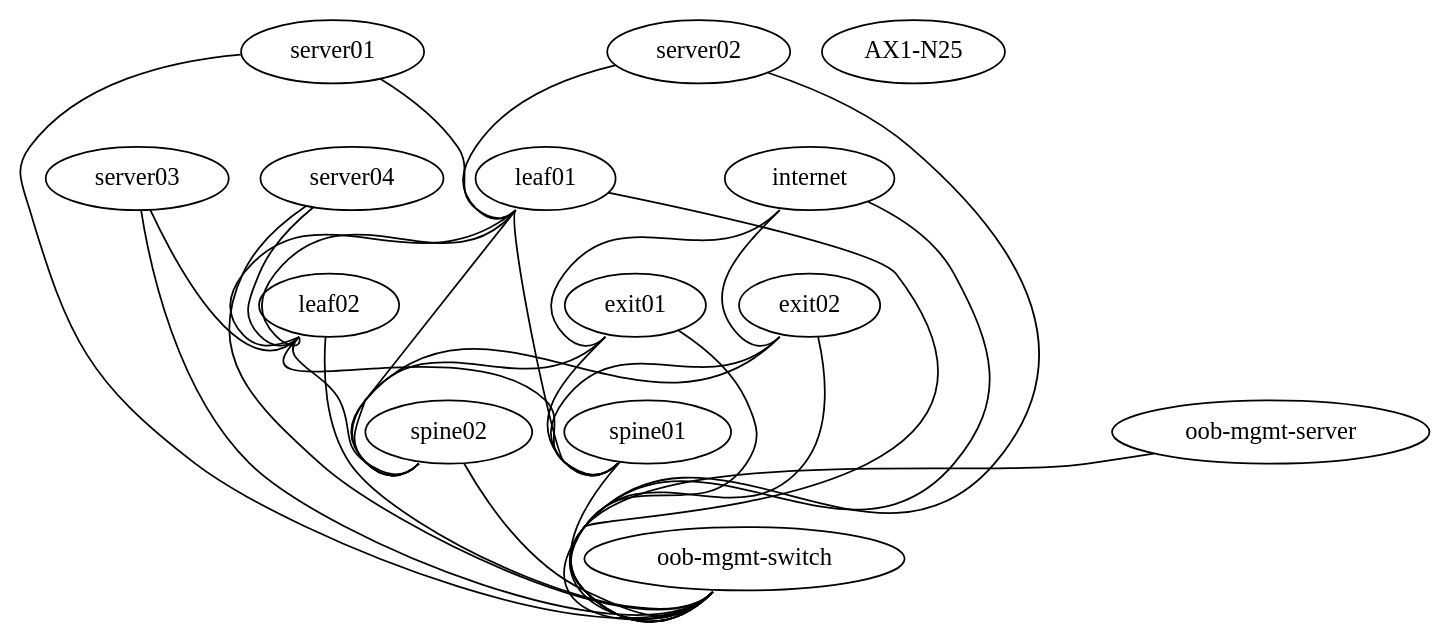
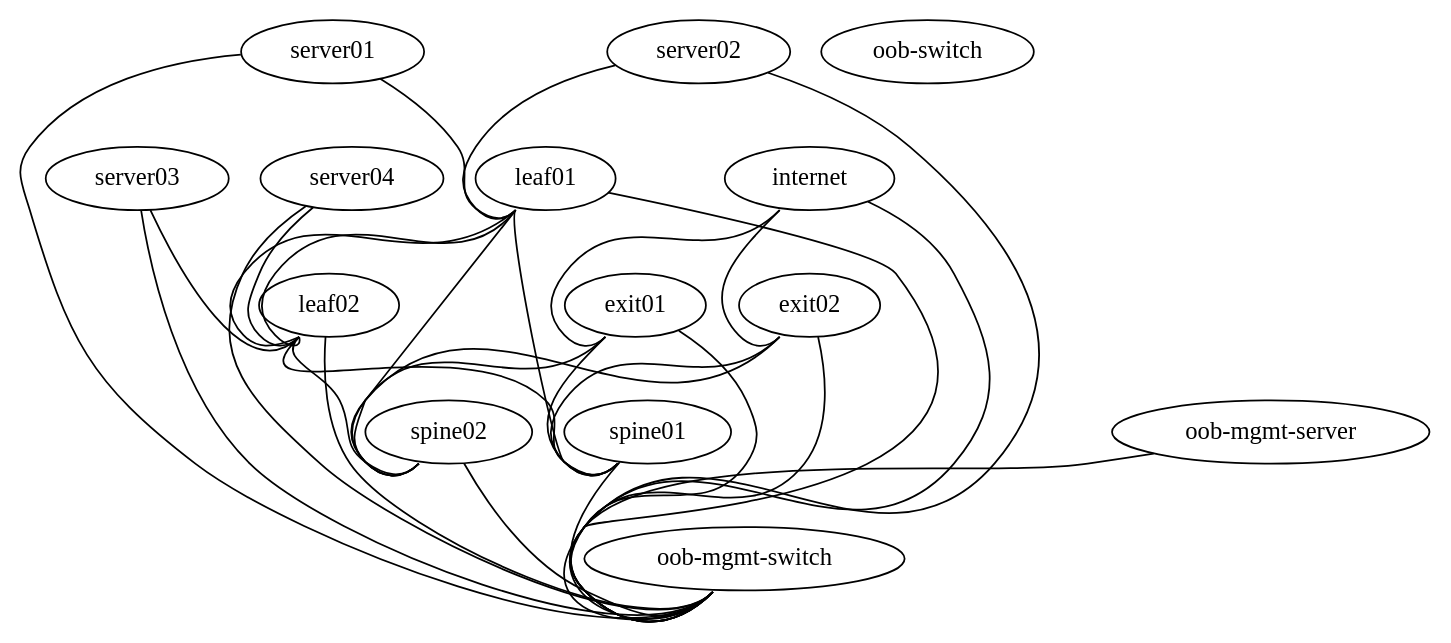
One commit to routemypacket/cumulus-lab changed the diagram in simulation/topology.dot. Above: the diagram before and after it, drawn with Graphviz. The commit also changed 38 other files, not shown here.

```diff
--- a/simulation/topology.dot
+++ b/simulation/topology.dot
@@ -1,50 +1,50 @@
 graph vx {
  "leaf01" [function="leaf" os="CumulusCommunity/cumulus-vx" version="3.6.2" memory="768" config="./helper_scripts/config_switch.sh" ]
  "leaf02" [function="leaf" os="CumulusCommunity/cumulus-vx" version="3.6.2" memory="768" config="./helper_scripts/config_switch.sh" ]
  "spine01" [function="spine" os="CumulusCommunity/cumulus-vx" version="3.6.2" memory="768" config="./helper_scripts/config_switch.sh" ]
  "spine02" [function="spine" os="CumulusCommunity/cumulus-vx" version="3.6.2" memory="768" config="./helper_scripts/config_switch.sh" ]
  "exit01" [function="exit" os="CumulusCommunity/cumulus-vx" version="3.6.2" memory="768" config="./helper_scripts/config_switch.sh" ]
  "exit02" [function="exit" os="CumulusCommunity/cumulus-vx" version="3.6.2" memory="768" config="./helper_scripts/config_switch.sh" ]
  "server01" [function="host" os="yk0/ubuntu-xenial" memory="512" config="./helper_scripts/config_server.sh" ]
  "server02" [function="host" os="yk0/ubuntu-xenial" memory="512" config="./helper_scripts/config_server.sh" ]
  "server03" [function="host" os="yk0/ubuntu-xenial" memory="512" config="./helper_scripts/config_server.sh" ]
  "server04" [function="host" os="yk0/ubuntu-xenial" memory="512" config="./helper_scripts/config_server.sh" ]
  "internet" [function="internet" vagrant="swp48" os="CumulusCommunity/cumulus-vx" version="3.6.2" memory="768" config="./helper_scripts/config_internet.sh" ]
- "AX1-N25" [function="oob-switch" vagrant="eth0" os="CumulusCommunity/cumulus-vx" version="3.6.2" memory="768" config="./helper_scripts/config_oob_switch.sh" ]
+ "oob-switch" [function="oob-switch" vagrant="eth0" os="CumulusCommunity/cumulus-vx" version="3.6.2" memory="768" config="./helper_scripts/config_oob_switch.sh" ]
  "oob-mgmt-server" [function="oob-server" vagrant="eth0" os="CumulusCommunity/vx_oob_server" version="1.0.4" memory="1024" config="./helper_scripts/config_oob_server.sh" ]
 
  "leaf01":"swp15" -- "spine01":"swp1"
  "leaf02":"swp15" -- "spine01":"swp2"
  "leaf01":"swp16" -- "spine02":"swp1"
  "leaf02":"swp16" -- "spine02":"swp2"
 
  "leaf01":"swp13" -- "leaf02":"swp13"
  "leaf01":"swp14" -- "leaf02":"swp14"
 
  "server01":"eth1" -- "leaf01":"swp1" [left_mac="00:03:00:11:11:01"]
  "server02":"eth1" -- "leaf01":"swp2" [left_mac="00:03:00:22:22:01"]
  "server03":"eth1" -- "leaf02":"swp1" [left_mac="00:03:00:33:33:01"]
  "server04":"eth1" -- "leaf02":"swp2" [left_mac="00:03:00:44:44:01"]
 
  "exit01":"swp15" -- "spine01":"swp13"
  "exit01":"swp16" -- "spine02":"swp14"
  "exit02":"swp15" -- "spine01":"swp14"
  "exit02":"swp16" -- "spine02":"swp13"
 
 
  "internet":"swp1" -- "exit01":"swp1"
  "internet":"swp2" -- "exit02":"swp1"
 
  "oob-mgmt-server":"eth1" -- "oob-mgmt-switch":"swp1" [right_mac="a0:00:00:00:00:61"]
  "server01":"eth0" -- "oob-mgmt-switch":"swp2" [left_mac="a0:00:00:00:00:31"]
  "server02":"eth0" -- "oob-mgmt-switch":"swp3" [left_mac="a0:00:00:00:00:32"]
  "server03":"eth0" -- "oob-mgmt-switch":"swp4" [left_mac="a0:00:00:00:00:33"]
  "server04":"eth0" -- "oob-mgmt-switch":"swp5" [left_mac="a0:00:00:00:00:34"]
  "leaf01":"eth0" -- "oob-mgmt-switch":"swp6" [left_mac="a0:00:00:00:00:11"]
  "leaf02":"eth0" -- "oob-mgmt-switch":"swp7" [left_mac="a0:00:00:00:00:12"]
  "spine01":"eth0" -- "oob-mgmt-switch":"swp10" [left_mac="a0:00:00:00:00:21"]
  "spine02":"eth0" -- "oob-mgmt-switch":"swp11" [left_mac="a0:00:00:00:00:22"]
  "exit01":"eth0" -- "oob-mgmt-switch":"swp12" [left_mac="a0:00:00:00:00:41"]
  "exit02":"eth0" -- "oob-mgmt-switch":"swp13" [left_mac="a0:00:00:00:00:42"]
  "internet":"eth0" -- "oob-mgmt-switch":"swp15" [left_mac="a0:00:00:00:00:50"]
 }
```
